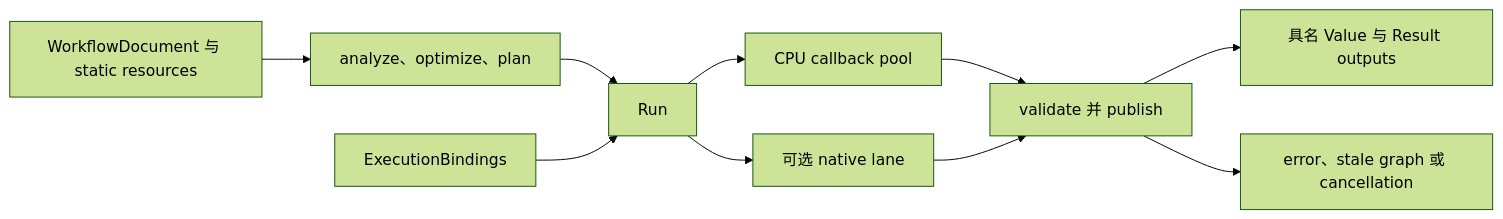
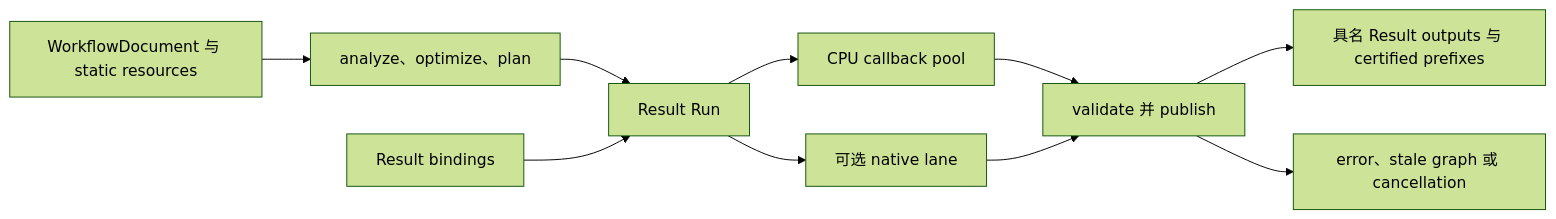
Before and after one commit to kevin-zf1123/photospider: the diagram in docs/kernel-architecture/zh/Compiler-and-Execution.zh.md, drawn with Mermaid (forest theme). The commit also changed other lines of this file and 815 other files, not shown here.

````diff
--- a/docs/kernel-architecture/zh/Compiler-and-Execution.zh.md
+++ b/docs/kernel-architecture/zh/Compiler-and-Execution.zh.md
@@ -9,12 +17,12 @@
 ```mermaid
 flowchart LR
     D[WorkflowDocument 与 static resources] --> C[analyze、optimize、plan]
-    C --> R[Run]
-    B[ExecutionBindings] --> R
+    C --> R[Result Run]
+    B[Result bindings] --> R
     R --> CPU[CPU callback pool]
     R --> GPU[可选 native lane]
     CPU --> J[validate 并 publish]
     GPU --> J
-    J --> O[具名 Value 与 Result outputs]
+    J --> O[具名 Result outputs 与 certified prefixes]
     J --> E[error、stale graph 或 cancellation]
 ```
````
